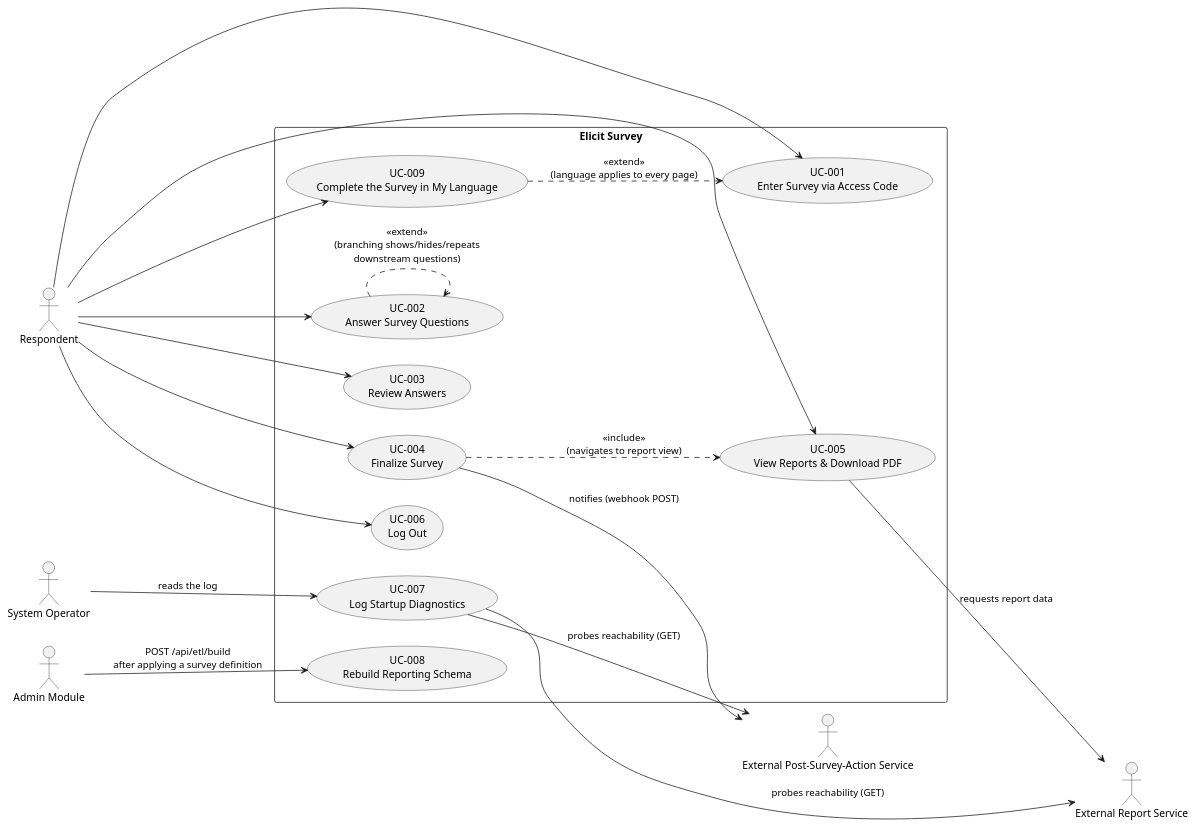
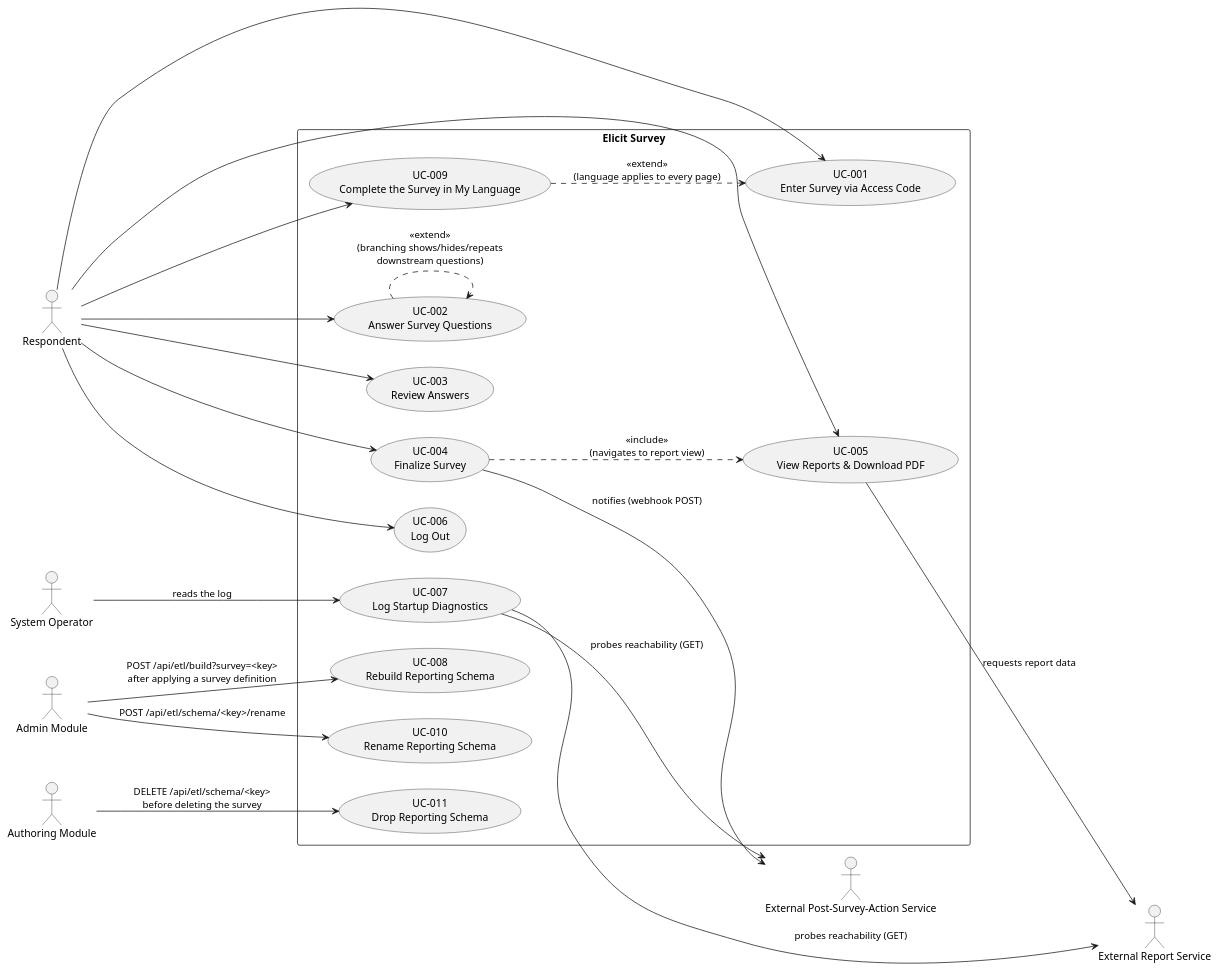
Before and after one commit to ElicitSoftware/Survey: the diagram in docs/use_cases.puml, drawn with PlantUML. The commit also changed 30 other files, not shown here.

```diff
--- a/docs/use_cases.puml
+++ b/docs/use_cases.puml
@@ -1,42 +1,47 @@
 @startuml
 left to right direction
 skinparam packageStyle rectangle
 
 actor "Respondent" as Respondent
 actor "External Report Service" as ReportSvc
 actor "External Post-Survey-Action Service" as PsaSvc
 actor "System Operator" as Operator
 actor "Admin Module" as AdminApp
+actor "Authoring Module" as AuthorApp
 
 rectangle "Elicit Survey" {
   usecase "UC-001\nEnter Survey via Access Code" as UC001
   usecase "UC-002\nAnswer Survey Questions" as UC002
   usecase "UC-003\nReview Answers" as UC003
   usecase "UC-004\nFinalize Survey" as UC004
   usecase "UC-005\nView Reports & Download PDF" as UC005
   usecase "UC-006\nLog Out" as UC006
   usecase "UC-007\nLog Startup Diagnostics" as UC007
   usecase "UC-008\nRebuild Reporting Schema" as UC008
   usecase "UC-009\nComplete the Survey in My Language" as UC009
+  usecase "UC-010\nRename Reporting Schema" as UC010
+  usecase "UC-011\nDrop Reporting Schema" as UC011
 }
 
 Respondent --> UC001
 Respondent --> UC002
 Respondent --> UC003
 Respondent --> UC004
 Respondent --> UC005
 Respondent --> UC006
 Operator --> UC007 : reads the log
-AdminApp --> UC008 : POST /api/etl/build\nafter applying a survey definition
+AdminApp --> UC008 : POST /api/etl/build?survey=<key>\nafter applying a survey definition
+AdminApp --> UC010 : POST /api/etl/schema/<key>/rename
+AuthorApp --> UC011 : DELETE /api/etl/schema/<key>\nbefore deleting the survey
 Respondent --> UC009
 
 UC004 ..> UC005 : <<include>>\n(navigates to report view)
 UC009 ..> UC001 : <<extend>>\n(language applies to every page)
 UC002 ..> UC002 : <<extend>>\n(branching shows/hides/repeats\ndownstream questions)
 
 UC004 --> PsaSvc : notifies (webhook POST)
 UC005 --> ReportSvc : requests report data
 UC007 --> ReportSvc : probes reachability (GET)
 UC007 --> PsaSvc : probes reachability (GET)
 
 @enduml
```
